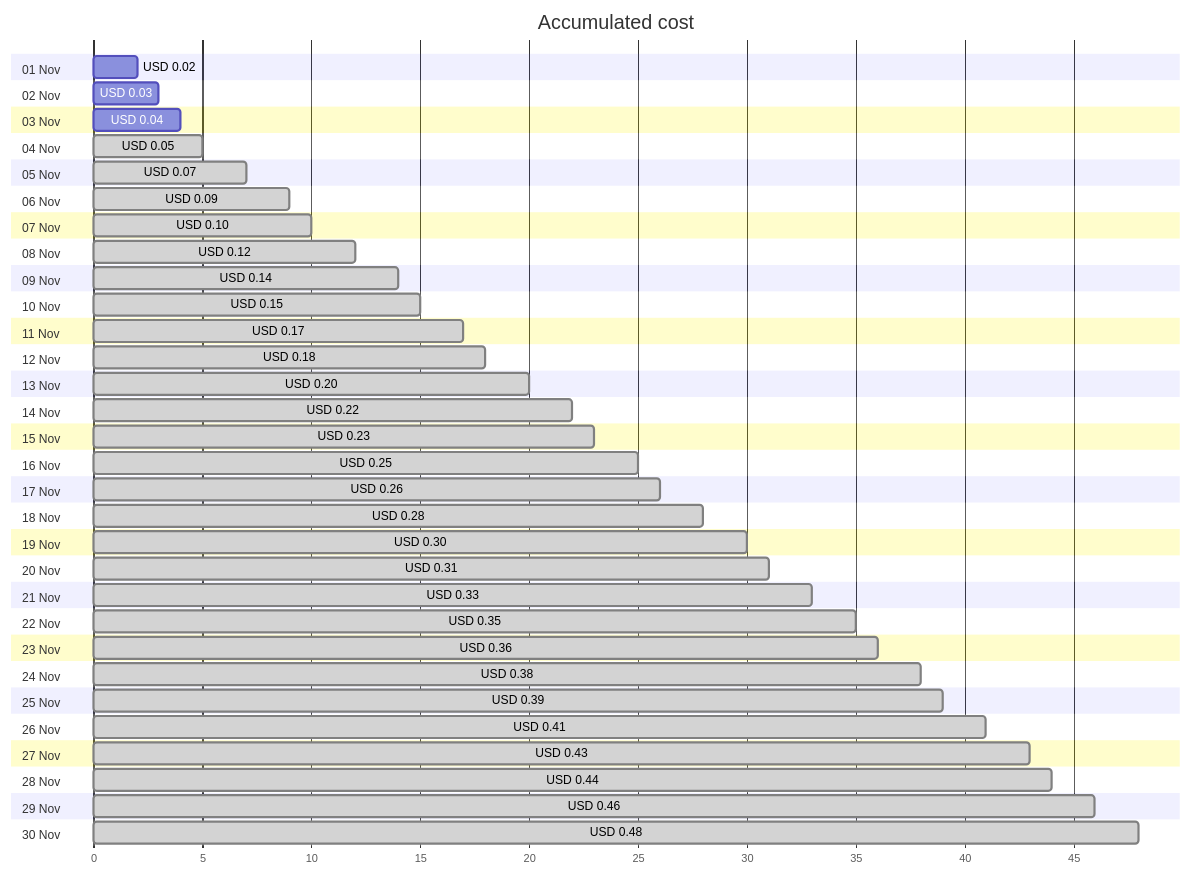
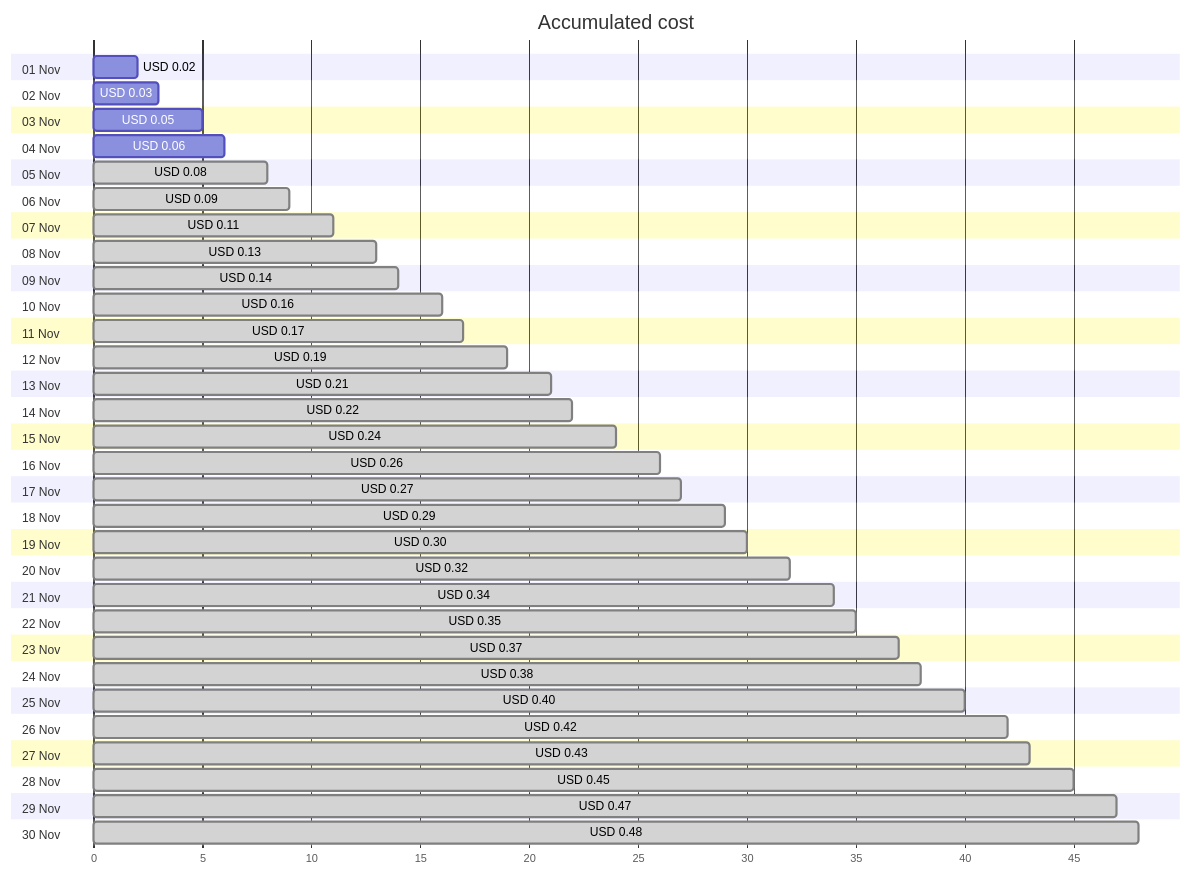
The first of 4 diagrams in cost-reports/personal-network/private.jpatrickfulton.com.md (jpfulton/azure-personal-reports), drawn with Mermaid before and after one commit. The commit also changed other lines of this file and 8 other files, not shown here.

````diff
--- a/cost-reports/personal-network/private.jpatrickfulton.com.md
+++ b/cost-reports/personal-network/private.jpatrickfulton.com.md
@@ -20,66 +20,66 @@
 ```mermaid
 gantt
    title Accumulated cost
    dateFormat  X
    axisFormat %s
    section 01 Nov
    USD 0.02 :0, 2
    section 02 Nov
    USD 0.03 :0, 3
    section 03 Nov
-   USD 0.04 :0, 4
+   USD 0.05 :0, 5
    section 04 Nov
-   USD 0.05 : done, 0, 5
+   USD 0.06 :0, 6
    section 05 Nov
-   USD 0.07 : done, 0, 7
+   USD 0.08 : done, 0, 8
    section 06 Nov
    USD 0.09 : done, 0, 9
    section 07 Nov
-   USD 0.10 : done, 0, 10
+   USD 0.11 : done, 0, 11
    section 08 Nov
-   USD 0.12 : done, 0, 12
+   USD 0.13 : done, 0, 13
    section 09 Nov
    USD 0.14 : done, 0, 14
    section 10 Nov
-   USD 0.15 : done, 0, 15
+   USD 0.16 : done, 0, 16
    section 11 Nov
    USD 0.17 : done, 0, 17
    section 12 Nov
-   USD 0.18 : done, 0, 18
+   USD 0.19 : done, 0, 19
    section 13 Nov
-   USD 0.20 : done, 0, 20
+   USD 0.21 : done, 0, 21
    section 14 Nov
    USD 0.22 : done, 0, 22
    section 15 Nov
-   USD 0.23 : done, 0, 23
+   USD 0.24 : done, 0, 24
    section 16 Nov
-   USD 0.25 : done, 0, 25
+   USD 0.26 : done, 0, 26
    section 17 Nov
-   USD 0.26 : done, 0, 26
+   USD 0.27 : done, 0, 27
    section 18 Nov
-   USD 0.28 : done, 0, 28
+   USD 0.29 : done, 0, 29
    section 19 Nov
    USD 0.30 : done, 0, 30
    section 20 Nov
-   USD 0.31 : done, 0, 31
+   USD 0.32 : done, 0, 32
    section 21 Nov
-   USD 0.33 : done, 0, 33
+   USD 0.34 : done, 0, 34
    section 22 Nov
    USD 0.35 : done, 0, 35
    section 23 Nov
-   USD 0.36 : done, 0, 36
+   USD 0.37 : done, 0, 37
    section 24 Nov
    USD 0.38 : done, 0, 38
    section 25 Nov
-   USD 0.39 : done, 0, 39
+   USD 0.40 : done, 0, 40
    section 26 Nov
-   USD 0.41 : done, 0, 41
+   USD 0.42 : done, 0, 42
    section 27 Nov
    USD 0.43 : done, 0, 43
    section 28 Nov
-   USD 0.44 : done, 0, 44
+   USD 0.45 : done, 0, 45
    section 29 Nov
-   USD 0.46 : done, 0, 46
+   USD 0.47 : done, 0, 47
    section 30 Nov
    USD 0.48 : done, 0, 48
 ```
````
